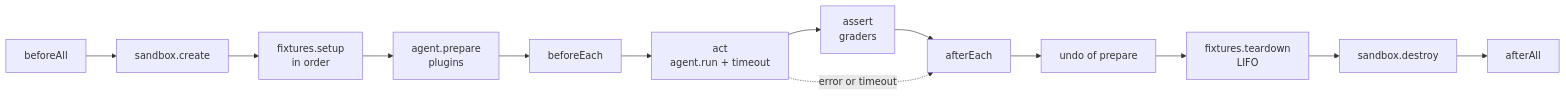
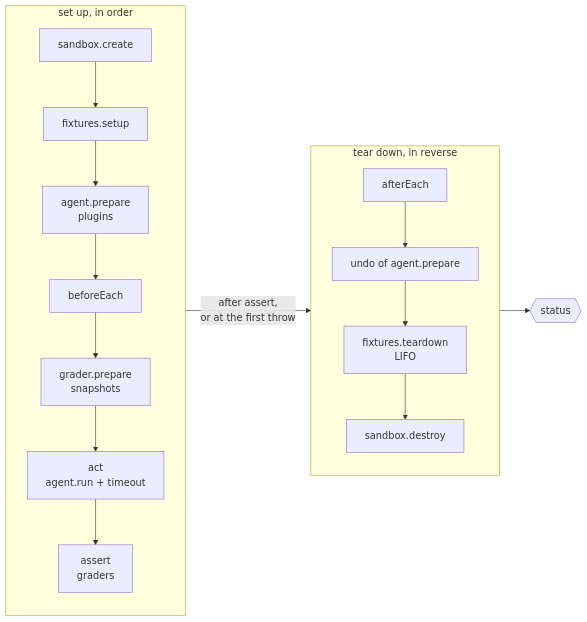
The second of 3 diagrams in docs/writing-evals/lifecycle.md (Luce-Florian/proctor), drawn with Mermaid before and after one commit. The commit also changed other lines of this file and 23 other files, not shown here.

First line of the commit message:
docs: show the lifecycle, the judge, the sandbox and the reports as diagrams

````diff
--- a/docs/writing-evals/lifecycle.md
+++ b/docs/writing-evals/lifecycle.md
@@ -5,6 +13,13 @@
 ```mermaid
 flowchart LR
-    BA[beforeAll] --> SC[sandbox.create] --> FS["fixtures.setup<br/>in order"] --> AP["agent.prepare<br/>plugins"] --> BE[beforeEach] --> ACT["act<br/>agent.run + timeout"] --> AS["assert<br/>graders"]
-    AS --> AE[afterEach] --> AU["undo of prepare"] --> FT["fixtures.teardown<br/>LIFO"] --> SD[sandbox.destroy] --> AA[afterAll]
-    ACT -. error or timeout .-> AE
+    subgraph up["set up, in order"]
+        direction TB
+        SC[sandbox.create] --> FS["fixtures.setup"] --> AP["agent.prepare<br/>plugins"] --> BE[beforeEach] --> GP["grader.prepare<br/>snapshots"] --> ACT["act<br/>agent.run + timeout"] --> AS["assert<br/>graders"]
+    end
+    subgraph down["tear down, in reverse"]
+        direction TB
+        AE[afterEach] --> AU["undo of agent.prepare"] --> FT["fixtures.teardown<br/>LIFO"] --> SD[sandbox.destroy]
+    end
+    up -- "after assert,<br/>or at the first throw" --> down
+    down --> ST{{status}}
 ```
````
